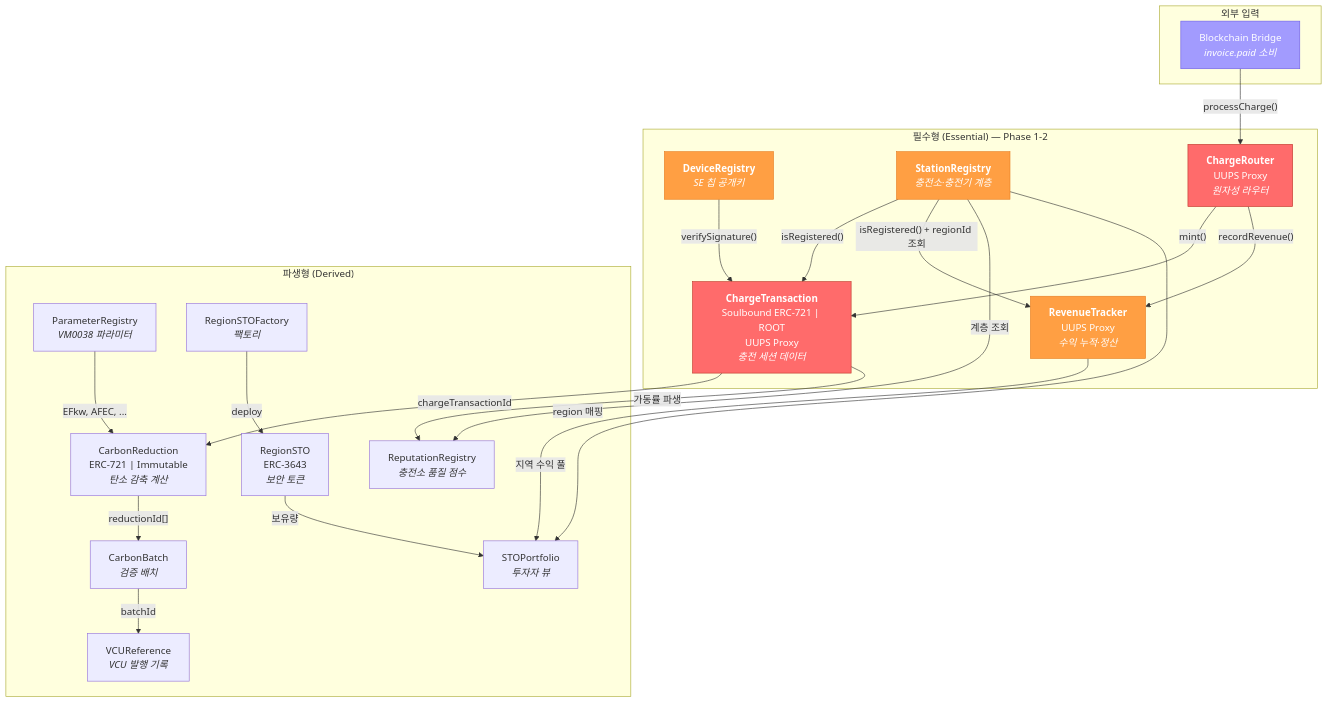
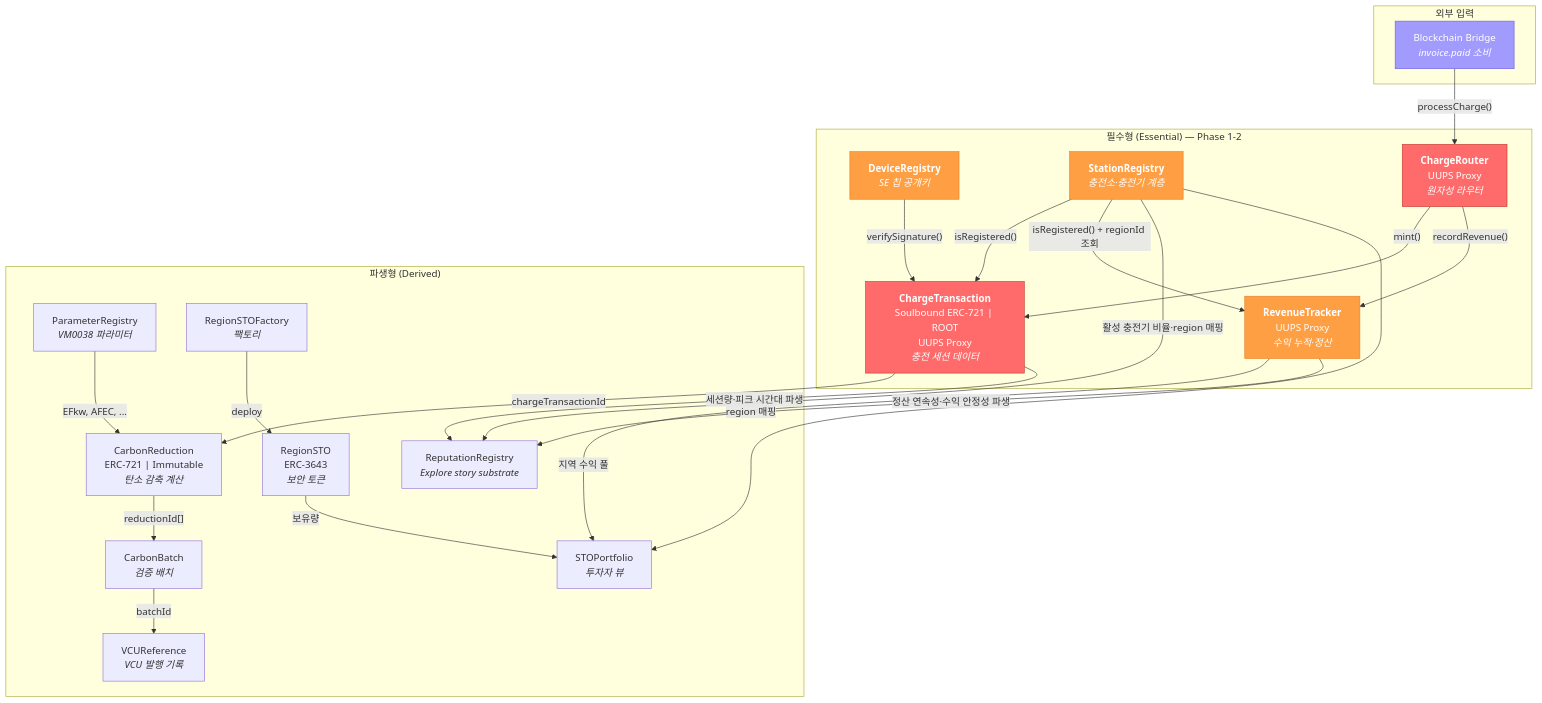
The diagram in contracts/docs/implementation-roadmap.md (Seon-ung/EnergyFi), drawn with Mermaid before and after one commit. The commit also changed other lines of this file and 12 other files, not shown here.

````diff
--- a/contracts/docs/implementation-roadmap.md
+++ b/contracts/docs/implementation-roadmap.md
@@ -162,49 +162,50 @@
 ```mermaid
 graph TD
     subgraph "외부 입력"
         BRIDGE["Blockchain Bridge<br/><i>invoice.paid 소비</i>"]
     end
 
     subgraph "필수형 (Essential) — Phase 1-2"
         DR["<b>DeviceRegistry</b><br/><i>SE 칩 공개키</i>"]
         SR["<b>StationRegistry</b><br/><i>충전소·충전기 계층</i>"]
         ROUTER["<b>ChargeRouter</b><br/>UUPS Proxy<br/><i>원자성 라우터</i>"]
         CT["<b>ChargeTransaction</b><br/>Soulbound ERC-721 | ROOT<br/>UUPS Proxy<br/><i>충전 세션 데이터</i>"]
         RT["<b>RevenueTracker</b><br/>UUPS Proxy<br/><i>수익 누적·정산</i>"]
     end
 
     subgraph "파생형 (Derived)"
         PR["ParameterRegistry<br/><i>VM0038 파라미터</i>"]
         CR["CarbonReduction<br/>ERC-721 | Immutable<br/><i>탄소 감축 계산</i>"]
-        RR["ReputationRegistry<br/><i>충전소 품질 점수</i>"]
+        RR["ReputationRegistry<br/><i>Explore story substrate</i>"]
         CB["CarbonBatch<br/><i>검증 배치</i>"]
         VR["VCUReference<br/><i>VCU 발행 기록</i>"]
         RSTO["RegionSTO<br/>ERC-3643<br/><i>보안 토큰</i>"]
         RSTOF["RegionSTOFactory<br/><i>팩토리</i>"]
         SP["STOPortfolio<br/><i>투자자 뷰</i>"]
     end
 
     BRIDGE -->|"processCharge()"| ROUTER
     ROUTER -->|"mint()"| CT
     ROUTER -->|"recordRevenue()"| RT
     DR -->|"verifySignature()"| CT
     SR -->|"isRegistered()"| CT
     SR -->|"isRegistered() + regionId 조회"| RT
     CT -->|"chargeTransactionId"| CR
     PR -->|"EFkw, AFEC, ..."| CR
     RT -->|"지역 수익 풀"| SP
-    CT -->|"가동률 파생"| RR
+    CT -->|"세션량·피크 시간대 파생"| RR
+    RT -->|"정산 연속성·수익 안정성 파생"| RR
     CR -->|"reductionId[]"| CB
     CB -->|"batchId"| VR
-    SR -->|"계층 조회"| RR
+    SR -->|"활성 충전기 비율·region 매핑"| RR
     SR -->|"region 매핑"| SP
     RSTOF -->|"deploy"| RSTO
     RSTO -->|"보유량"| SP
 
     style CT fill:#ff6b6b,stroke:#c0392b,color:#fff
     style ROUTER fill:#ff6b6b,stroke:#c0392b,color:#fff
     style DR fill:#ff9f43,stroke:#e67e22,color:#fff
     style SR fill:#ff9f43,stroke:#e67e22,color:#fff
     style RT fill:#ff9f43,stroke:#e67e22,color:#fff
     style BRIDGE fill:#a29bfe,stroke:#6c5ce7,color:#fff
 ```
````
